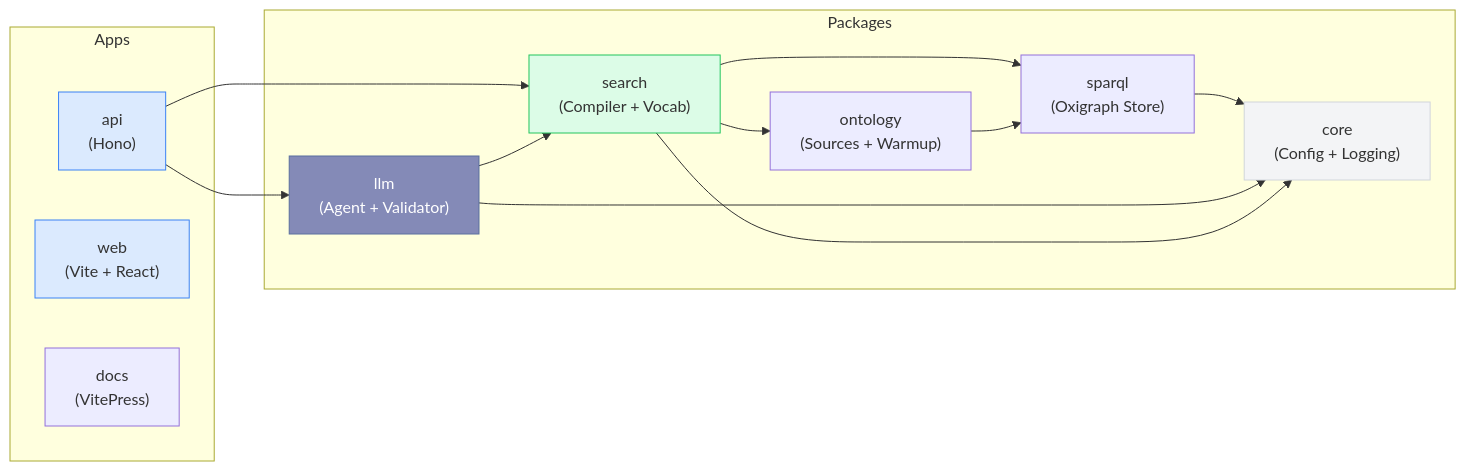
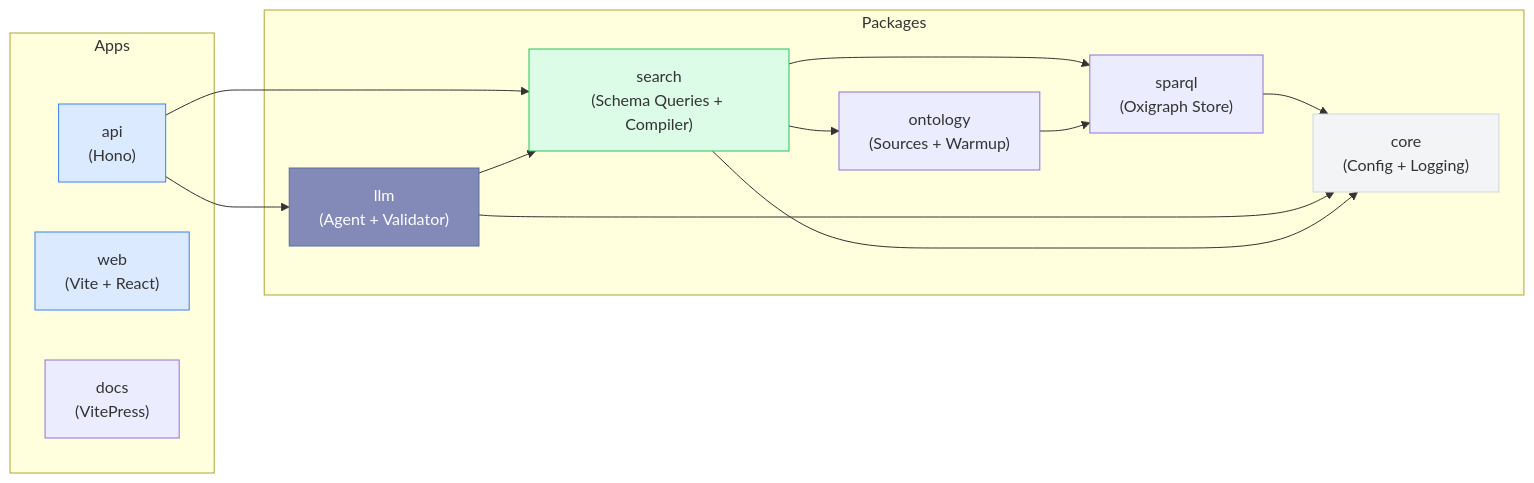
One commit to ASCS-eV/ontology-based-nl-search changed the second of 5 diagrams in apps/docs/architecture.md. Above: the diagram before and after it, drawn with Mermaid. The commit also changed other lines of this file and 9 other files, not shown here.

First line of the commit message:
docs: update documentation for graph-driven multi-domain architecture

````diff
--- a/apps/docs/architecture.md
+++ b/apps/docs/architecture.md
@@ -33,32 +34,32 @@
 ```mermaid
 graph LR
     subgraph "Apps"
       API["api<br/>(Hono)"]
       WEB["web<br/>(Vite + React)"]
       DOCS["docs<br/>(VitePress)"]
     end
 
     subgraph "Packages"
       LLM["llm<br/>(Agent + Validator)"]
-      SEARCH["search<br/>(Compiler + Vocab)"]
+      SEARCH["search<br/>(Schema Queries + Compiler)"]
       SPARQL["sparql<br/>(Oxigraph Store)"]
       ONT["ontology<br/>(Sources + Warmup)"]
       CORE["core<br/>(Config + Logging)"]
     end
 
     API --> LLM
     API --> SEARCH
     LLM --> SEARCH
     SEARCH --> SPARQL
     SEARCH --> ONT
     ONT --> SPARQL
     SPARQL --> CORE
     LLM --> CORE
     SEARCH --> CORE
 
     style API fill:#dbeafe,stroke:#3b82f6
     style WEB fill:#dbeafe,stroke:#3b82f6
     style LLM fill:#848ab7,stroke:#5a6f9f,color:#fff
     style SEARCH fill:#dcfce7,stroke:#22c55e
     style CORE fill:#f3f4f6,stroke:#d1d5db
 ```
````
